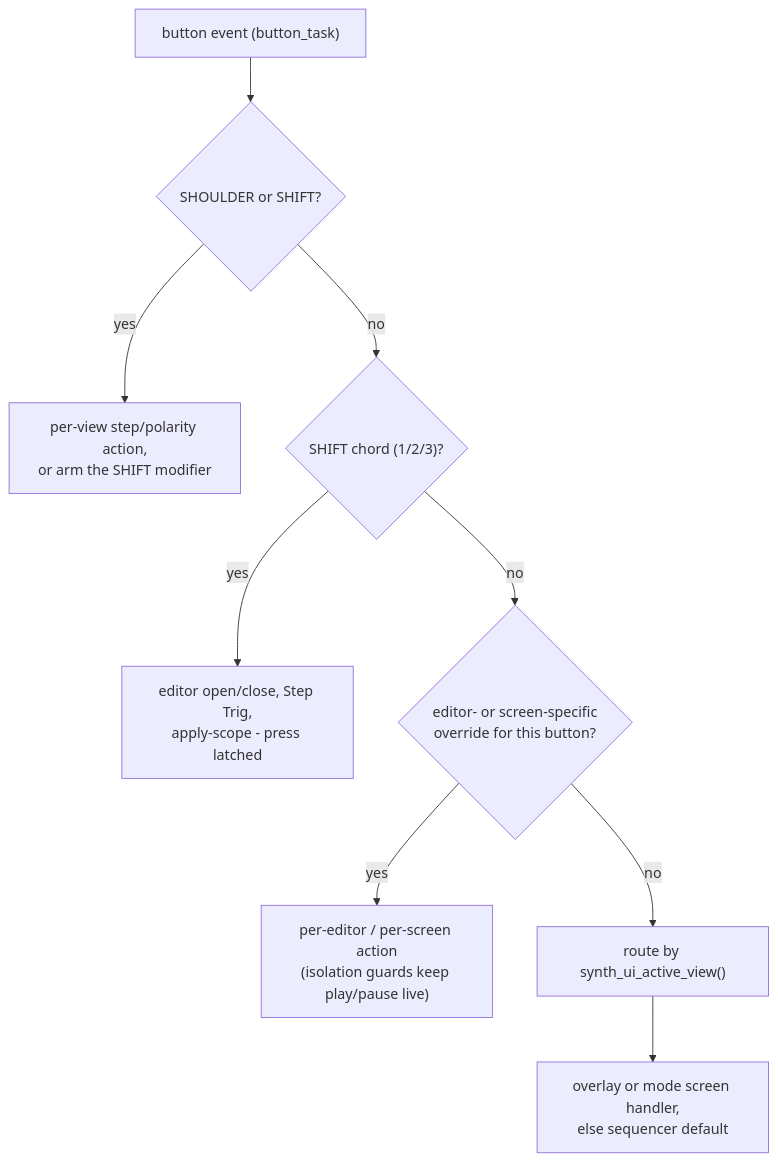
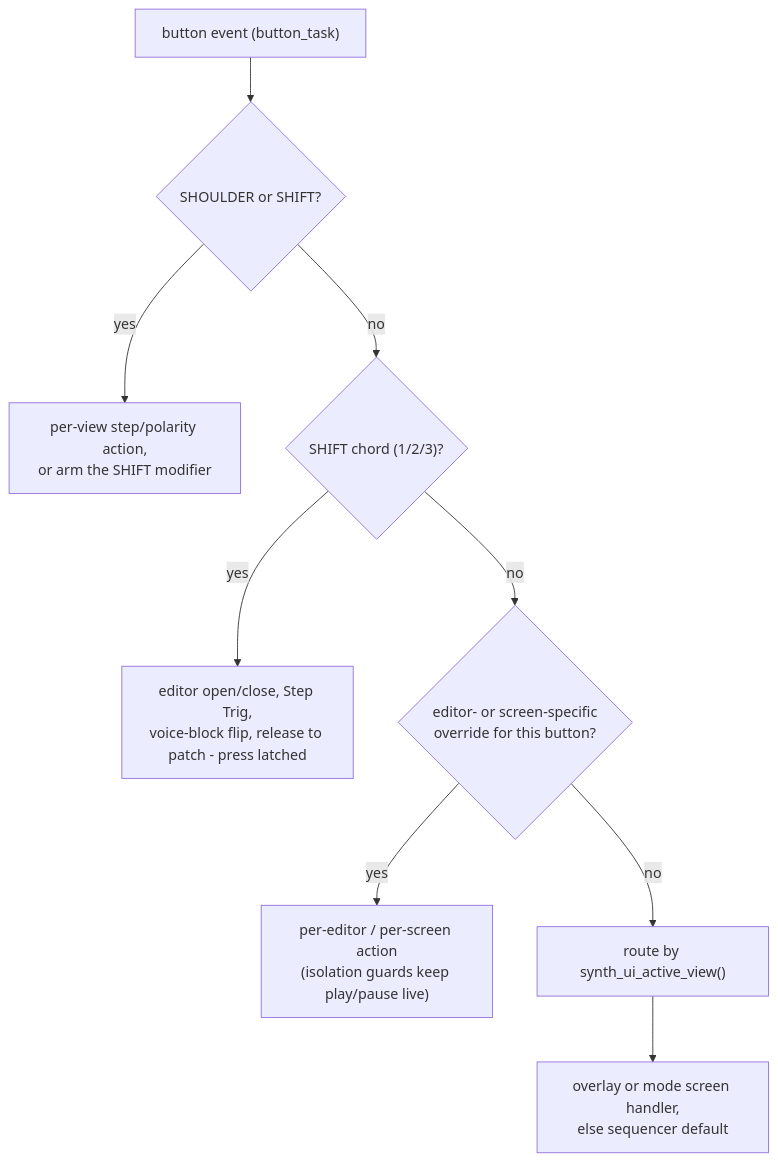
Before and after one commit to rt-rtos/S3-Amysynth: the third of 4 diagrams in SEQUENCER-ARCHITECTURE.md, drawn with Mermaid. The commit also changed other lines of this file and 89 other files, not shown here.

````diff
--- a/SEQUENCER-ARCHITECTURE.md
+++ b/SEQUENCER-ARCHITECTURE.md
@@ -376,11 +360,11 @@
 ```mermaid
 flowchart TD
     EV["button event (button_task)"] --> P0{"SHOULDER or SHIFT?"}
     P0 -->|yes| A0["per-view step/polarity action,<br/>or arm the SHIFT modifier"]
     P0 -->|no| P1{"SHIFT chord (1/2/3)?"}
-    P1 -->|yes| A1["editor open/close, Step Trig,<br/>apply-scope - press latched"]
+    P1 -->|yes| A1["editor open/close, Step Trig,<br/>voice-block flip, release to patch - press latched"]
     P1 -->|no| P2{"editor- or screen-specific<br/>override for this button?"}
     P2 -->|yes| A2["per-editor / per-screen action<br/>(isolation guards keep play/pause live)"]
     P2 -->|no| P3["route by synth_ui_active_view()"]
     P3 --> A3["overlay or mode screen handler,<br/>else sequencer default"]
 ```
````
